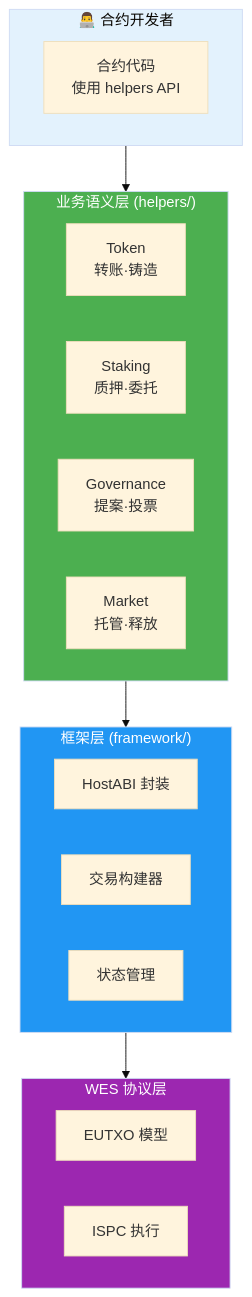
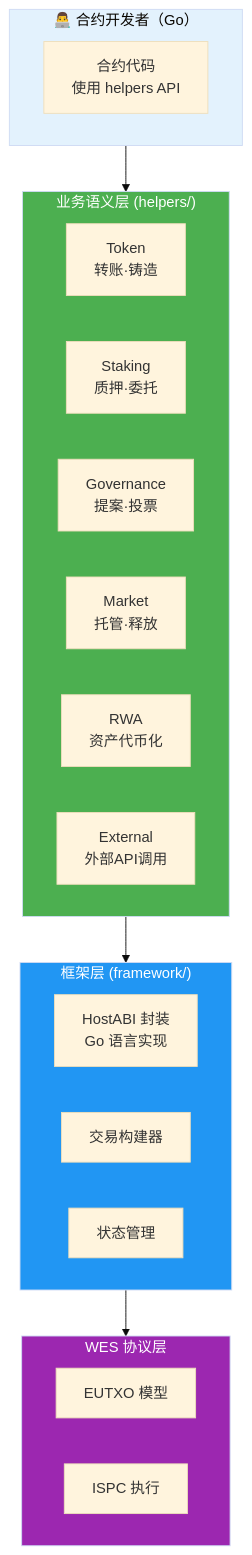
Before and after one commit to weisyn/contract-sdk-go: the third of 5 diagrams in docs/DEVELOPER_GUIDE.md, drawn with Mermaid (base theme). The commit also changed other lines of this file and 5 other files, not shown here.

````diff
--- a/docs/DEVELOPER_GUIDE.md
+++ b/docs/DEVELOPER_GUIDE.md
@@ -127,33 +268,35 @@
 ```mermaid
 graph TB
-    subgraph DEV["👨‍💻 合约开发者"]
+    subgraph DEV["👨‍💻 合约开发者（Go）"]
         CODE["合约代码<br/>使用 helpers API"]
     end
     
     subgraph HELPERS["业务语义层 (helpers/)"]
         TOKEN["Token<br/>转账·铸造"]
         STAKING["Staking<br/>质押·委托"]
         GOV["Governance<br/>提案·投票"]
         MARKET["Market<br/>托管·释放"]
+        RWA["RWA<br/>资产代币化"]
+        EXTERNAL["External<br/>外部API调用"]
     end
     
     subgraph FRAMEWORK["框架层 (framework/)"]
-        HOSTABI["HostABI 封装"]
+        HOSTABI["HostABI 封装<br/>Go 语言实现"]
         TX_BUILDER["交易构建器"]
         STORAGE["状态管理"]
     end
     
     subgraph WES["WES 协议层"]
         EUTXO["EUTXO 模型"]
         ISPC["ISPC 执行"]
     end
     
     DEV --> HELPERS
     HELPERS --> FRAMEWORK
     FRAMEWORK --> WES
     
     style DEV fill:#E3F2FD
     style HELPERS fill:#4CAF50,color:#fff
     style FRAMEWORK fill:#2196F3,color:#fff
     style WES fill:#9C27B0,color:#fff
 ```
````
